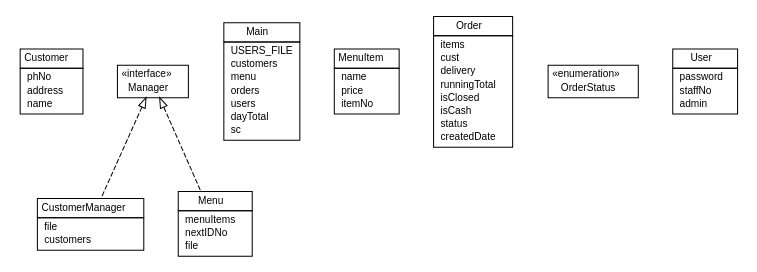
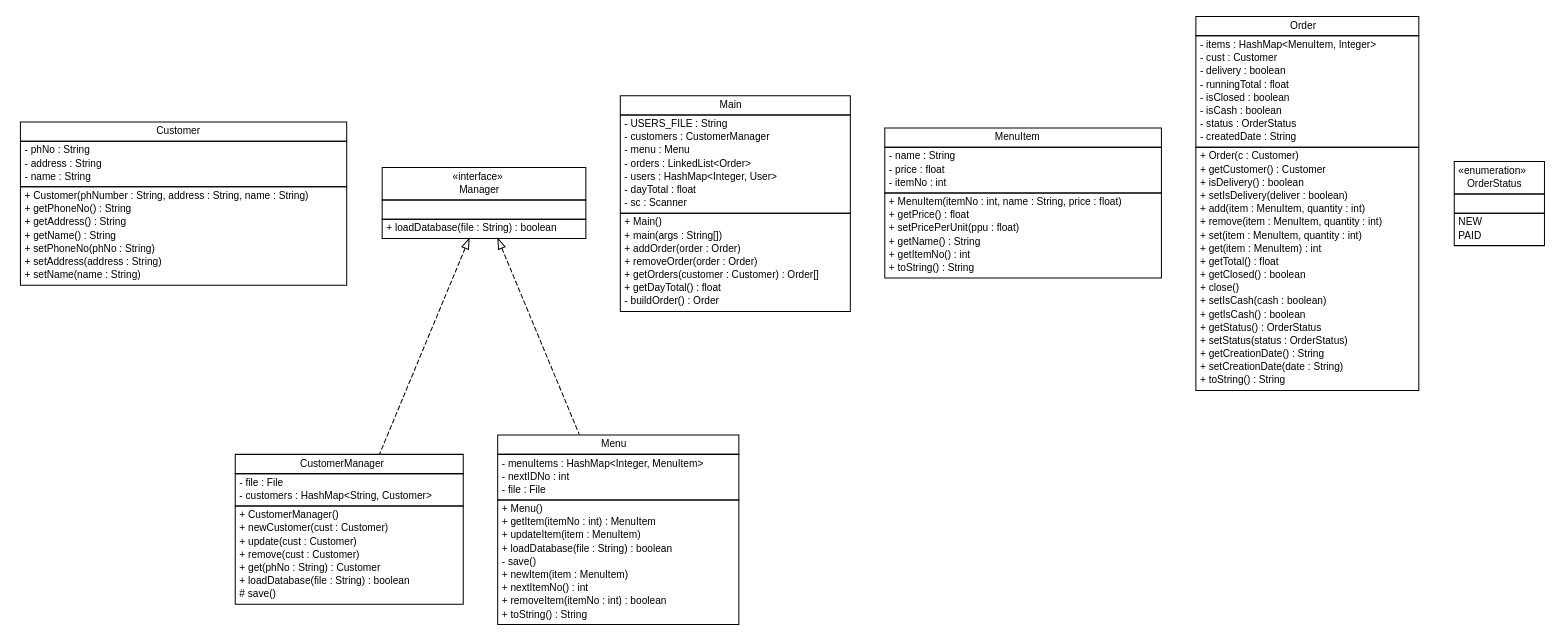
Before and after one commit to DDevine/CrapPOS: the diagram in docs/au/edu/griffith/ict/au.edu.griffith.ict.dot, drawn with Graphviz. The commit also changed 50 other files, not shown here.

```diff
--- a/docs/au/edu/griffith/ict/au.edu.griffith.ict.dot
+++ b/docs/au/edu/griffith/ict/au.edu.griffith.ict.dot
@@ -1,115 +1,183 @@
 #!/usr/local/bin/dot
 #
 # Class diagram 
 # Generated by UMLGraph version 1.6 (http://www.umlgraph.org/)
 #
 
 digraph G {
 	edge [fontname="Helvetica",fontsize=10,labelfontname="Helvetica",labelfontsize=10];
 	node [fontname="Helvetica",fontsize=10,shape=plaintext];
 	nodesep=0.25;
 	ranksep=0.5;
 	// au.edu.griffith.ict.Customer
 	c0 [label=<<table title="au.edu.griffith.ict.Customer" border="0" cellborder="1" cellspacing="0" cellpadding="2" port="p" href="./Customer.html">
 		<tr><td><table border="0" cellspacing="0" cellpadding="1">
 <tr><td align="center" balign="center"> Customer </td></tr>
 		</table></td></tr>
 		<tr><td><table border="0" cellspacing="0" cellpadding="1">
-<tr><td align="left" balign="left">  phNo </td></tr>
-<tr><td align="left" balign="left">  address </td></tr>
-<tr><td align="left" balign="left">  name </td></tr>
+<tr><td align="left" balign="left"> - phNo : String </td></tr>
+<tr><td align="left" balign="left"> - address : String </td></tr>
+<tr><td align="left" balign="left"> - name : String </td></tr>
+		</table></td></tr>
+		<tr><td><table border="0" cellspacing="0" cellpadding="1">
+<tr><td align="left" balign="left"> + Customer(phNumber : String, address : String, name : String) </td></tr>
+<tr><td align="left" balign="left"> + getPhoneNo() : String </td></tr>
+<tr><td align="left" balign="left"> + getAddress() : String </td></tr>
+<tr><td align="left" balign="left"> + getName() : String </td></tr>
+<tr><td align="left" balign="left"> + setPhoneNo(phNo : String) </td></tr>
+<tr><td align="left" balign="left"> + setAddress(address : String) </td></tr>
+<tr><td align="left" balign="left"> + setName(name : String) </td></tr>
 		</table></td></tr>
 		</table>>, URL="./Customer.html", fontname="Helvetica", fontcolor="black", fontsize=10.0];
 	// au.edu.griffith.ict.CustomerManager
 	c1 [label=<<table title="au.edu.griffith.ict.CustomerManager" border="0" cellborder="1" cellspacing="0" cellpadding="2" port="p" href="./CustomerManager.html">
 		<tr><td><table border="0" cellspacing="0" cellpadding="1">
 <tr><td align="center" balign="center"> CustomerManager </td></tr>
 		</table></td></tr>
 		<tr><td><table border="0" cellspacing="0" cellpadding="1">
-<tr><td align="left" balign="left">  file </td></tr>
-<tr><td align="left" balign="left">  customers </td></tr>
+<tr><td align="left" balign="left"> - file : File </td></tr>
+<tr><td align="left" balign="left"> - customers : HashMap&lt;String, Customer&gt; </td></tr>
+		</table></td></tr>
+		<tr><td><table border="0" cellspacing="0" cellpadding="1">
+<tr><td align="left" balign="left"> + CustomerManager() </td></tr>
+<tr><td align="left" balign="left"> + newCustomer(cust : Customer) </td></tr>
+<tr><td align="left" balign="left"> + update(cust : Customer) </td></tr>
+<tr><td align="left" balign="left"> + remove(cust : Customer) </td></tr>
+<tr><td align="left" balign="left"> + get(phNo : String) : Customer </td></tr>
+<tr><td align="left" balign="left"> + loadDatabase(file : String) : boolean </td></tr>
+<tr><td align="left" balign="left"> # save() </td></tr>
 		</table></td></tr>
 		</table>>, URL="./CustomerManager.html", fontname="Helvetica", fontcolor="black", fontsize=10.0];
 	// au.edu.griffith.ict.Main
 	c2 [label=<<table title="au.edu.griffith.ict.Main" border="0" cellborder="1" cellspacing="0" cellpadding="2" port="p" href="./Main.html">
 		<tr><td><table border="0" cellspacing="0" cellpadding="1">
 <tr><td align="center" balign="center"> Main </td></tr>
 		</table></td></tr>
 		<tr><td><table border="0" cellspacing="0" cellpadding="1">
-<tr><td align="left" balign="left">  USERS_FILE </td></tr>
-<tr><td align="left" balign="left">  customers </td></tr>
-<tr><td align="left" balign="left">  menu </td></tr>
-<tr><td align="left" balign="left">  orders </td></tr>
-<tr><td align="left" balign="left">  users </td></tr>
-<tr><td align="left" balign="left">  dayTotal </td></tr>
-<tr><td align="left" balign="left">  sc </td></tr>
+<tr><td align="left" balign="left"> - USERS_FILE : String </td></tr>
+<tr><td align="left" balign="left"> - customers : CustomerManager </td></tr>
+<tr><td align="left" balign="left"> - menu : Menu </td></tr>
+<tr><td align="left" balign="left"> - orders : LinkedList&lt;Order&gt; </td></tr>
+<tr><td align="left" balign="left"> - users : HashMap&lt;Integer, User&gt; </td></tr>
+<tr><td align="left" balign="left"> - dayTotal : float </td></tr>
+<tr><td align="left" balign="left"> - sc : Scanner </td></tr>
+		</table></td></tr>
+		<tr><td><table border="0" cellspacing="0" cellpadding="1">
+<tr><td align="left" balign="left"> + Main() </td></tr>
+<tr><td align="left" balign="left"> + main(args : String[]) </td></tr>
+<tr><td align="left" balign="left"> + addOrder(order : Order) </td></tr>
+<tr><td align="left" balign="left"> + removeOrder(order : Order) </td></tr>
+<tr><td align="left" balign="left"> + getOrders(customer : Customer) : Order[] </td></tr>
+<tr><td align="left" balign="left"> + getDayTotal() : float </td></tr>
+<tr><td align="left" balign="left"> - buildOrder() : Order </td></tr>
 		</table></td></tr>
 		</table>>, URL="./Main.html", fontname="Helvetica", fontcolor="black", fontsize=10.0];
 	// au.edu.griffith.ict.Manager
 	c3 [label=<<table title="au.edu.griffith.ict.Manager" border="0" cellborder="1" cellspacing="0" cellpadding="2" port="p" href="./Manager.html">
 		<tr><td><table border="0" cellspacing="0" cellpadding="1">
 <tr><td align="center" balign="center"> &#171;interface&#187; </td></tr>
 <tr><td align="center" balign="center"> Manager </td></tr>
 		</table></td></tr>
+		<tr><td><table border="0" cellspacing="0" cellpadding="1">
+<tr><td align="left" balign="left">  </td></tr>
+		</table></td></tr>
+		<tr><td><table border="0" cellspacing="0" cellpadding="1">
+<tr><td align="left" balign="left"> + loadDatabase(file : String) : boolean </td></tr>
+		</table></td></tr>
 		</table>>, URL="./Manager.html", fontname="Helvetica", fontcolor="black", fontsize=10.0];
 	// au.edu.griffith.ict.MenuItem
 	c4 [label=<<table title="au.edu.griffith.ict.MenuItem" border="0" cellborder="1" cellspacing="0" cellpadding="2" port="p" href="./MenuItem.html">
 		<tr><td><table border="0" cellspacing="0" cellpadding="1">
 <tr><td align="center" balign="center"> MenuItem </td></tr>
 		</table></td></tr>
 		<tr><td><table border="0" cellspacing="0" cellpadding="1">
-<tr><td align="left" balign="left">  name </td></tr>
-<tr><td align="left" balign="left">  price </td></tr>
-<tr><td align="left" balign="left">  itemNo </td></tr>
+<tr><td align="left" balign="left"> - name : String </td></tr>
+<tr><td align="left" balign="left"> - price : float </td></tr>
+<tr><td align="left" balign="left"> - itemNo : int </td></tr>
+		</table></td></tr>
+		<tr><td><table border="0" cellspacing="0" cellpadding="1">
+<tr><td align="left" balign="left"> + MenuItem(itemNo : int, name : String, price : float) </td></tr>
+<tr><td align="left" balign="left"> + getPrice() : float </td></tr>
+<tr><td align="left" balign="left"> + setPricePerUnit(ppu : float) </td></tr>
+<tr><td align="left" balign="left"> + getName() : String </td></tr>
+<tr><td align="left" balign="left"> + getItemNo() : int </td></tr>
+<tr><td align="left" balign="left"> + toString() : String </td></tr>
 		</table></td></tr>
 		</table>>, URL="./MenuItem.html", fontname="Helvetica", fontcolor="black", fontsize=10.0];
 	// au.edu.griffith.ict.Menu
 	c5 [label=<<table title="au.edu.griffith.ict.Menu" border="0" cellborder="1" cellspacing="0" cellpadding="2" port="p" href="./Menu.html">
 		<tr><td><table border="0" cellspacing="0" cellpadding="1">
 <tr><td align="center" balign="center"> Menu </td></tr>
 		</table></td></tr>
 		<tr><td><table border="0" cellspacing="0" cellpadding="1">
-<tr><td align="left" balign="left">  menuItems </td></tr>
-<tr><td align="left" balign="left">  nextIDNo </td></tr>
-<tr><td align="left" balign="left">  file </td></tr>
+<tr><td align="left" balign="left"> - menuItems : HashMap&lt;Integer, MenuItem&gt; </td></tr>
+<tr><td align="left" balign="left"> - nextIDNo : int </td></tr>
+<tr><td align="left" balign="left"> - file : File </td></tr>
+		</table></td></tr>
+		<tr><td><table border="0" cellspacing="0" cellpadding="1">
+<tr><td align="left" balign="left"> + Menu() </td></tr>
+<tr><td align="left" balign="left"> + getItem(itemNo : int) : MenuItem </td></tr>
+<tr><td align="left" balign="left"> + updateItem(item : MenuItem) </td></tr>
+<tr><td align="left" balign="left"> + loadDatabase(file : String) : boolean </td></tr>
+<tr><td align="left" balign="left"> - save() </td></tr>
+<tr><td align="left" balign="left"> + newItem(item : MenuItem) </td></tr>
+<tr><td align="left" balign="left"> + nextItemNo() : int </td></tr>
+<tr><td align="left" balign="left"> + removeItem(itemNo : int) : boolean </td></tr>
+<tr><td align="left" balign="left"> + toString() : String </td></tr>
 		</table></td></tr>
 		</table>>, URL="./Menu.html", fontname="Helvetica", fontcolor="black", fontsize=10.0];
 	// au.edu.griffith.ict.Order
 	c6 [label=<<table title="au.edu.griffith.ict.Order" border="0" cellborder="1" cellspacing="0" cellpadding="2" port="p" href="./Order.html">
 		<tr><td><table border="0" cellspacing="0" cellpadding="1">
 <tr><td align="center" balign="center"> Order </td></tr>
 		</table></td></tr>
 		<tr><td><table border="0" cellspacing="0" cellpadding="1">
-<tr><td align="left" balign="left">  items </td></tr>
-<tr><td align="left" balign="left">  cust </td></tr>
-<tr><td align="left" balign="left">  delivery </td></tr>
-<tr><td align="left" balign="left">  runningTotal </td></tr>
-<tr><td align="left" balign="left">  isClosed </td></tr>
-<tr><td align="left" balign="left">  isCash </td></tr>
-<tr><td align="left" balign="left">  status </td></tr>
-<tr><td align="left" balign="left">  createdDate </td></tr>
+<tr><td align="left" balign="left"> - items : HashMap&lt;MenuItem, Integer&gt; </td></tr>
+<tr><td align="left" balign="left"> - cust : Customer </td></tr>
+<tr><td align="left" balign="left"> - delivery : boolean </td></tr>
+<tr><td align="left" balign="left"> - runningTotal : float </td></tr>
+<tr><td align="left" balign="left"> - isClosed : boolean </td></tr>
+<tr><td align="left" balign="left"> - isCash : boolean </td></tr>
+<tr><td align="left" balign="left"> - status : OrderStatus </td></tr>
+<tr><td align="left" balign="left"> - createdDate : String </td></tr>
+		</table></td></tr>
+		<tr><td><table border="0" cellspacing="0" cellpadding="1">
+<tr><td align="left" balign="left"> + Order(c : Customer) </td></tr>
+<tr><td align="left" balign="left"> + getCustomer() : Customer </td></tr>
+<tr><td align="left" balign="left"> + isDelivery() : boolean </td></tr>
+<tr><td align="left" balign="left"> + setIsDelivery(deliver : boolean) </td></tr>
+<tr><td align="left" balign="left"> + add(item : MenuItem, quantity : int) </td></tr>
+<tr><td align="left" balign="left"> + remove(item : MenuItem, quantity : int) </td></tr>
+<tr><td align="left" balign="left"> + set(item : MenuItem, quantity : int) </td></tr>
+<tr><td align="left" balign="left"> + get(item : MenuItem) : int </td></tr>
+<tr><td align="left" balign="left"> + getTotal() : float </td></tr>
+<tr><td align="left" balign="left"> + getClosed() : boolean </td></tr>
+<tr><td align="left" balign="left"> + close() </td></tr>
+<tr><td align="left" balign="left"> + setIsCash(cash : boolean) </td></tr>
+<tr><td align="left" balign="left"> + getIsCash() : boolean </td></tr>
+<tr><td align="left" balign="left"> + getStatus() : OrderStatus </td></tr>
+<tr><td align="left" balign="left"> + setStatus(status : OrderStatus) </td></tr>
+<tr><td align="left" balign="left"> + getCreationDate() : String </td></tr>
+<tr><td align="left" balign="left"> + setCreationDate(date : String) </td></tr>
+<tr><td align="left" balign="left"> + toString() : String </td></tr>
 		</table></td></tr>
 		</table>>, URL="./Order.html", fontname="Helvetica", fontcolor="black", fontsize=10.0];
 	// au.edu.griffith.ict.OrderStatus
 	c7 [label=<<table title="au.edu.griffith.ict.OrderStatus" border="0" cellborder="1" cellspacing="0" cellpadding="2" port="p" href="./OrderStatus.html">
 		<tr><td><table border="0" cellspacing="0" cellpadding="1">
 <tr><td align="center" balign="center"> &#171;enumeration&#187; </td></tr>
 <tr><td align="center" balign="center"> OrderStatus </td></tr>
 		</table></td></tr>
-		</table>>, URL="./OrderStatus.html", fontname="Helvetica", fontcolor="black", fontsize=10.0];
-	// au.edu.griffith.ict.User
-	c8 [label=<<table title="au.edu.griffith.ict.User" border="0" cellborder="1" cellspacing="0" cellpadding="2" port="p" href="./User.html">
 		<tr><td><table border="0" cellspacing="0" cellpadding="1">
-<tr><td align="center" balign="center"> User </td></tr>
+<tr><td align="left" balign="left">  </td></tr>
 		</table></td></tr>
 		<tr><td><table border="0" cellspacing="0" cellpadding="1">
-<tr><td align="left" balign="left">  password </td></tr>
-<tr><td align="left" balign="left">  staffNo </td></tr>
-<tr><td align="left" balign="left">  admin </td></tr>
+<tr><td align="left" balign="left"> NEW </td></tr>
+<tr><td align="left" balign="left"> PAID </td></tr>
 		</table></td></tr>
-		</table>>, URL="./User.html", fontname="Helvetica", fontcolor="black", fontsize=10.0];
+		</table>>, URL="./OrderStatus.html", fontname="Helvetica", fontcolor="black", fontsize=10.0];
 	//au.edu.griffith.ict.CustomerManager implements au.edu.griffith.ict.Manager
 	c3:p -> c1:p [dir=back,arrowtail=empty,style=dashed];
 	//au.edu.griffith.ict.Menu implements au.edu.griffith.ict.Manager
 	c3:p -> c5:p [dir=back,arrowtail=empty,style=dashed];
 }
```
